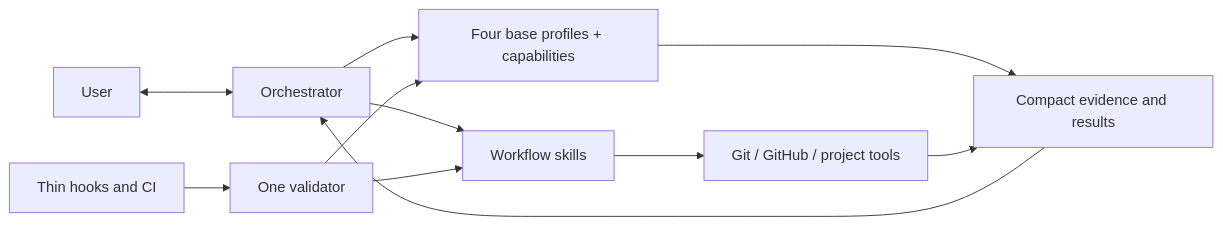
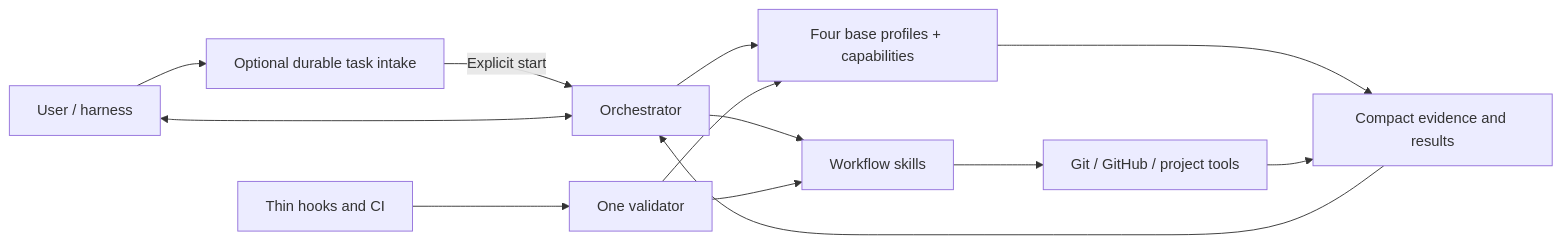
Before and after one commit to FranciscoJSBarragan/Orchestra: the diagram in docs/ARCHITECTURE.md, drawn with Mermaid. The commit also changed other lines of this file and 22 other files, not shown here.

````diff
--- a/docs/ARCHITECTURE.md
+++ b/docs/ARCHITECTURE.md
@@ -8,13 +8,15 @@
 ```mermaid
 flowchart LR
-    U["User"] <--> O["Orchestrator"]
+    U["User / harness"] --> I["Optional durable task intake"]
+    I -->|"Explicit start"| O["Orchestrator"]
+    U <--> O
     O --> A["Four base profiles + capabilities"]
     O --> W["Workflow skills"]
     W --> G["Git / GitHub / project tools"]
     A --> E["Compact evidence and results"]
     G --> E
     E --> O
     V["One validator"] --> W
     V --> A
     H["Thin hooks and CI"] --> V
 ```
````
